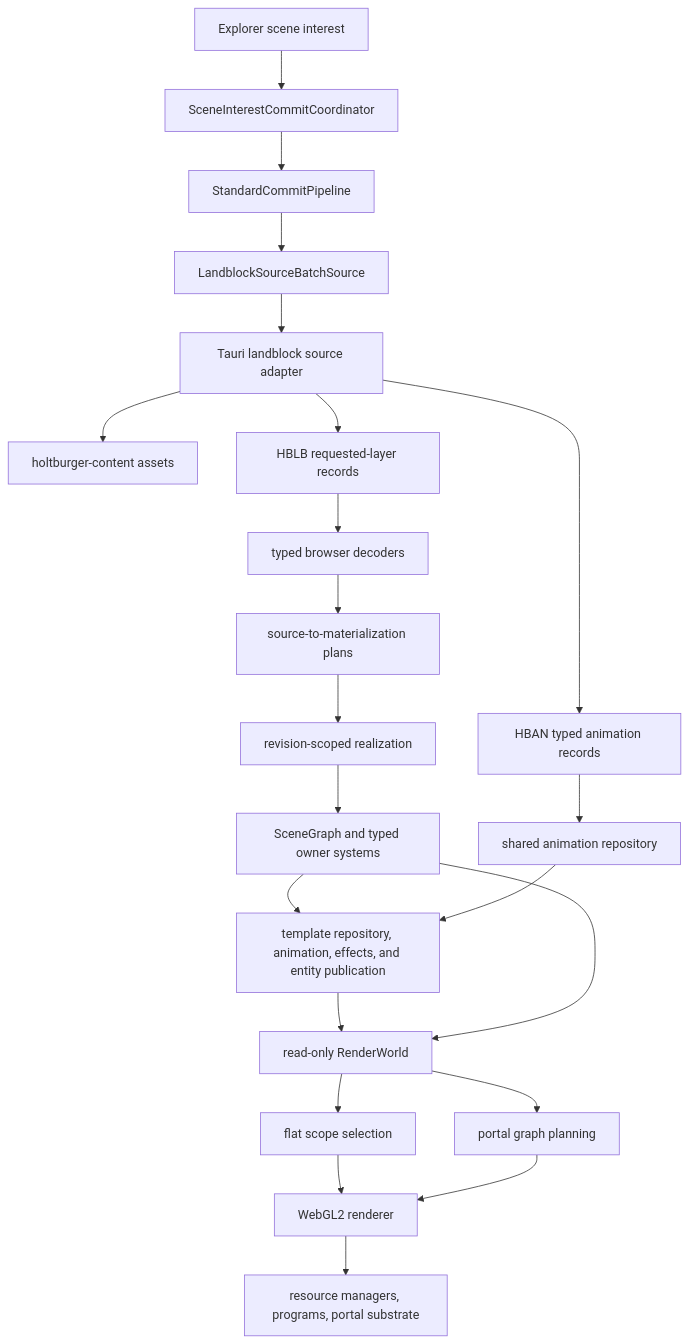
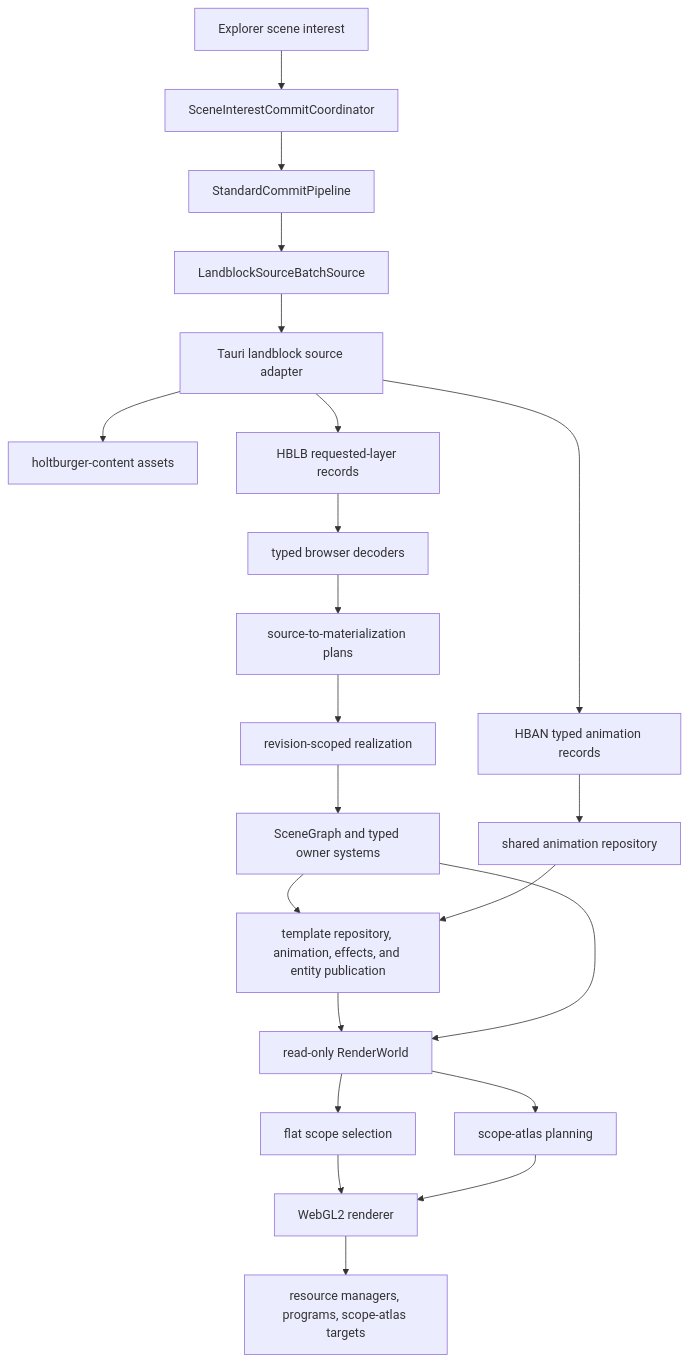
The first of 2 diagrams in apps/holtburger-3d/ARCHITECTURE_AUDIT.md (merklejerk/holtburger), drawn with Mermaid before and after one commit. The commit also changed other lines of this file and 50 other files, not shown here.

First line of the commit message:
Complete scope-atlas portal compositor cutover

````diff
--- a/apps/holtburger-3d/ARCHITECTURE_AUDIT.md
+++ b/apps/holtburger-3d/ARCHITECTURE_AUDIT.md
@@ -26,24 +25,24 @@
 ```mermaid
 flowchart TD
     Interest[Explorer scene interest] --> Coordinator[SceneInterestCommitCoordinator]
     Coordinator --> Pipeline[StandardCommitPipeline]
     Pipeline --> Batch[LandblockSourceBatchSource]
     Batch --> Host[Tauri landblock source adapter]
     Host --> Content[holtburger-content assets]
     Host --> HBLB[HBLB requested-layer records]
     HBLB --> Decode[typed browser decoders]
     Decode --> Materialize[source-to-materialization plans]
     Materialize --> Realize[revision-scoped realization]
     Realize --> Systems[SceneGraph and typed owner systems]
     Host --> HBAN[HBAN typed animation records]
     HBAN --> AnimRepo[shared animation repository]
     Systems --> Dynamic[template repository, animation, effects, and entity publication]
     AnimRepo --> Dynamic
     Dynamic --> World
     Systems --> World[read-only RenderWorld]
     World --> Flat[flat scope selection]
-    World --> Portal[portal graph planning]
+    World --> Portal[scope-atlas planning]
     Flat --> Renderer[WebGL2 renderer]
     Portal --> Renderer
-    Renderer --> Device[resource managers, programs, portal substrate]
+    Renderer --> Device[resource managers, programs, scope-atlas targets]
 ```
````
